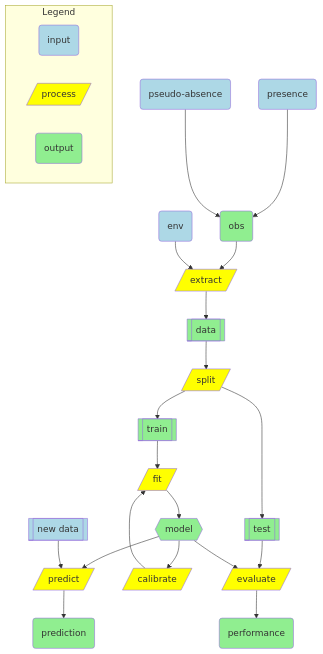
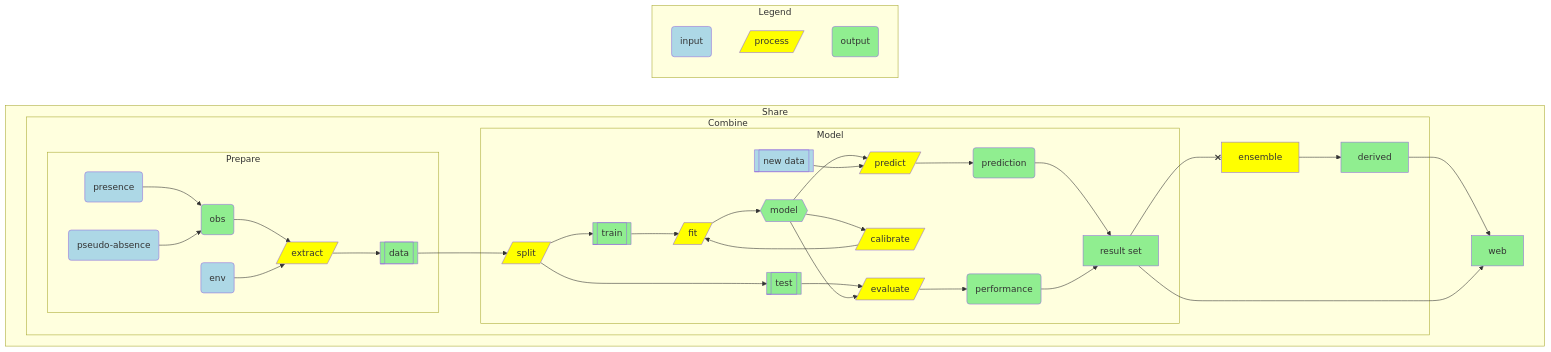
One commit to marinebon/MarineSDMs changed the diagram in diagrams/sdm-process.mmd. Above: the diagram before and after it, drawn with Mermaid. The commit also changed 3 other files, not shown here.

Commit message:
+ sdm-process w/ subraphs (Prepare,Model,Combine,Share)

```diff
--- a/diagrams/sdm-process.mmd
+++ b/diagrams/sdm-process.mmd
@@ -1,55 +1,97 @@
-flowchart TD
+flowchart LR
 
   %% nodes
   P(presence):::in
   A("pseudo-absence"):::in
   pts(obs):::out
   X[/extract/]:::fxn
   env(env):::in
   D[[data]]:::out
   S[/split/]:::fxn
   t1[[train]]:::out
   t2[[test]]:::out
   F[/fit/]:::fxn
   M{{model}}:::out
   E[/evaluate/]:::fxn
   C[/calibrate/]:::fxn
   pr[/predict/]:::fxn
   N[["new data"]]:::in
   prd(prediction):::out
   prf(performance):::out
+  res[result set]:::out
+  ens[ensemble]:::fxn
+  der[derived]:::out
+  web[web]:::out
 
   %% edges
   P   --> pts
   A   --> pts
   pts --> X
   env --> X
   X   --> D
   D   --> S
   S   --> t1
   S   --> t2
   t1  --> F
   F   --> M
   t2  --> E
   M   --> C
   C   --> F
   M   --> pr
   N   --> pr
   M   --> E
   pr  --> prd
   E   --> prf
+  prd --> res
+  prf --> res
+  res --x ens
+  ens --> der
+  der --> web
+  res --> web
+
+  %% subgraphs
+  subgraph Share
+    direction LR
+    subgraph Combine
+      subgraph Prepare
+        P
+        A
+        pts
+        env
+        X
+        D
+      end
+      subgraph Model
+        S
+        t1
+        t2
+        F
+        M
+        E
+        C
+        pr
+        N
+        prd
+        prf
+        res
+      end
+      ens
+      der
+    end
+    web
+  end
 
   %% Legend
   in(input):::in
   fxn[/process/]:::fxn
   out(output):::out
   subgraph Legend
     in
     fxn
     out
   end
 
   %% styles
   classDef in  fill:lightblue
   classDef out fill:lightgreen
   classDef fxn fill:yellow
```
